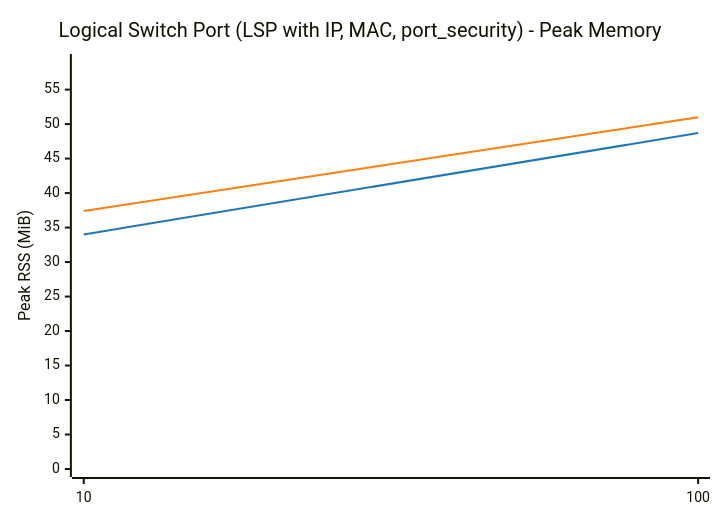
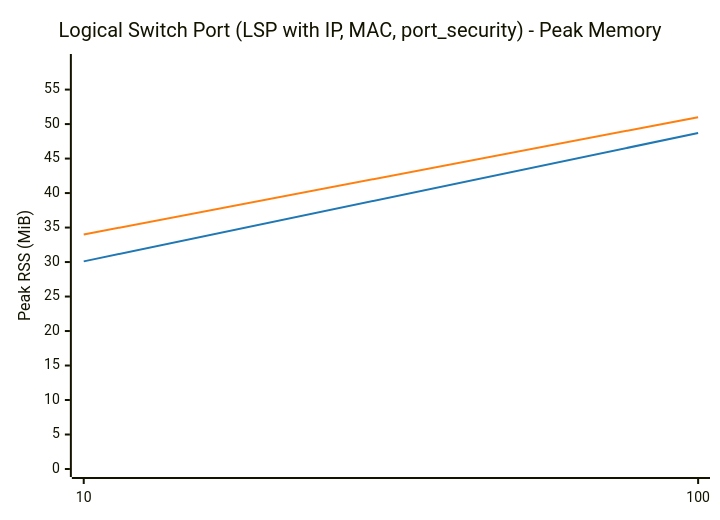
One commit to LionelJouin/ovs-ovn-bench changed the second of 8 diagrams in results/BENCHMARK_REPORT.md. Above: the diagram before and after it, drawn with Mermaid. The commit also changed other lines of this file and 3 other files, not shown here.

````diff
--- a/results/BENCHMARK_REPORT.md
+++ b/results/BENCHMARK_REPORT.md
@@ -78,14 +78,14 @@
 ```mermaid
 ---
 config:
     themeVariables:
         xyChart:
             plotColorPalette: "#1f77b4, #ff7f0e"
 ---
 xychart-beta
     title "Logical Switch Port (LSP with IP, MAC, port_security) - Peak Memory"
     x-axis ["10", "100"]
     y-axis "Peak RSS (MiB)" 0 --> 59
-    line "glibc malloc" [34.0, 48.7]
-    line "jemalloc" [37.4, 51.0]
+    line "glibc malloc" [30.1, 48.7]
+    line "jemalloc" [34.0, 51.0]
 ```
````
